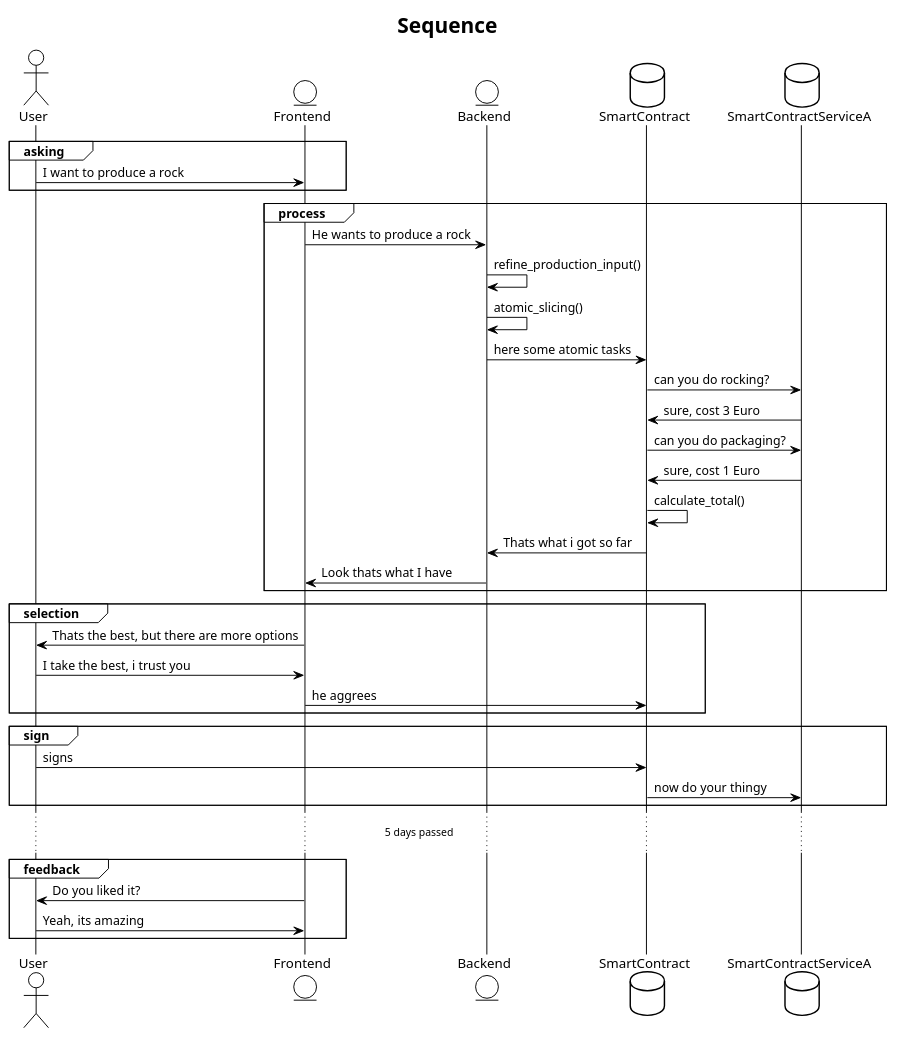
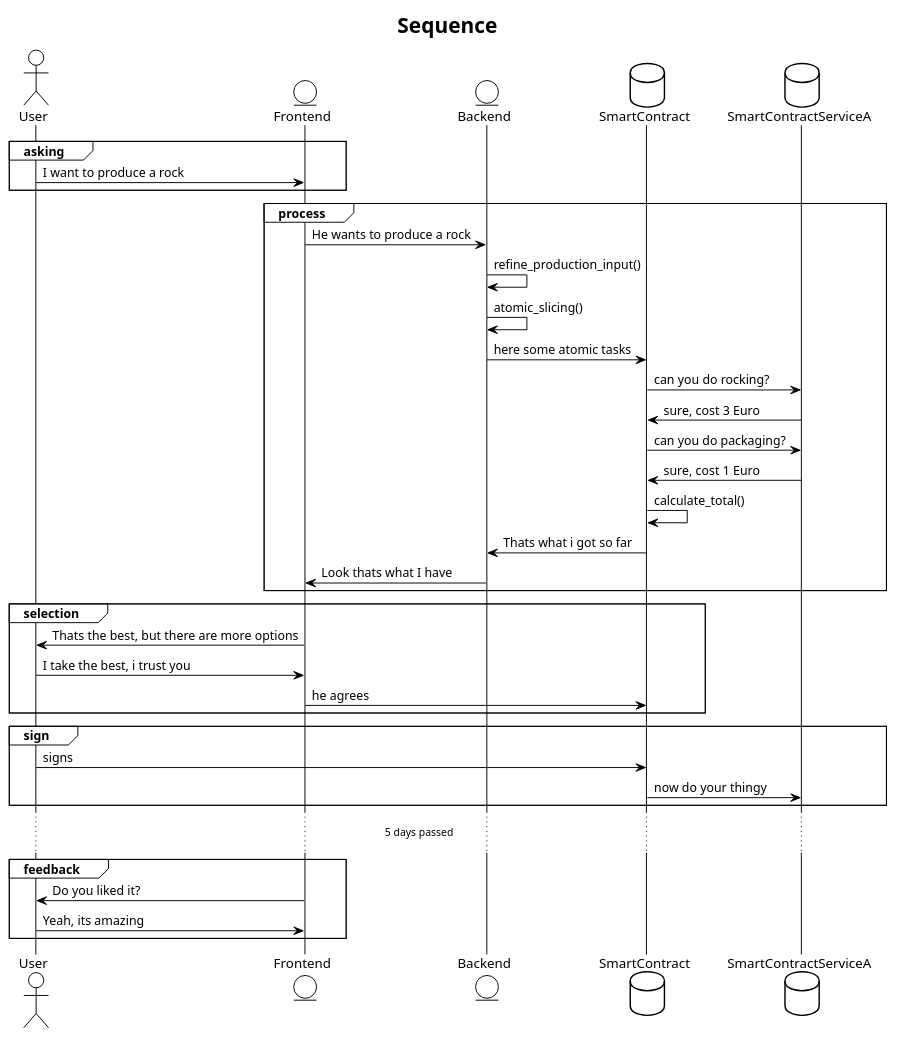
The third of 3 diagrams in practice/05/05-Ideas.md (FrankBevr/100-Ideas), drawn with PlantUML before and after one commit. The commit also changed other lines of this file and 1 other file, not shown here.

````diff
--- a/practice/05/05-Ideas.md
+++ b/practice/05/05-Ideas.md
@@ -114,46 +123,46 @@
 ```plantuml
 !theme plain
 title Sequence
 
-actor User 
+actor User
 entity Frontend
 entity Backend
 database SmartContract
 database SmartContractServiceA
 
 group asking
 User -> Frontend: I want to produce a rock
 end
 
 group process
 Frontend -> Backend: He wants to produce a rock
 Backend -> Backend: refine_production_input()
 Backend -> Backend: atomic_slicing()
 Backend -> SmartContract: here some atomic tasks
 SmartContract -> SmartContractServiceA: can you do rocking?
 SmartContractServiceA -> SmartContract: sure, cost 3 Euro
 SmartContract -> SmartContractServiceA: can you do packaging?
 SmartContractServiceA -> SmartContract: sure, cost 1 Euro
 SmartContract -> SmartContract: calculate_total()
 SmartContract -> Backend: Thats what i got so far
 Backend -> Frontend: Look thats what I have
 end
 
 group selection
 Frontend -> User: Thats the best, but there are more options
 User -> Frontend: I take the best, i trust you
-Frontend -> SmartContract: he aggrees
-end 
+Frontend -> SmartContract: he agrees
+end
 
 group sign
 User -> SmartContract: signs
 SmartContract -> SmartContractServiceA: now do your thingy
 end
 
 ... 5 days passed ...
 
 group feedback
 Frontend -> User: Do you liked it?
 User -> Frontend: Yeah, its amazing
 end
 ```
````
